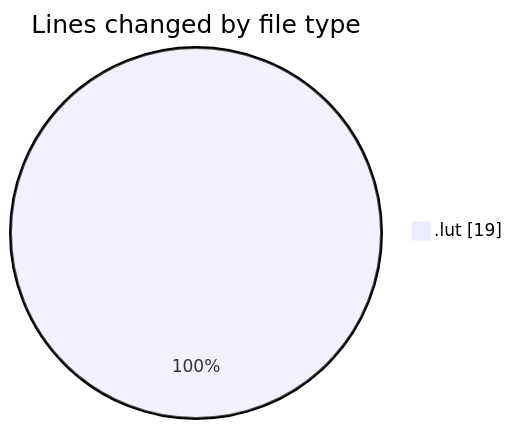
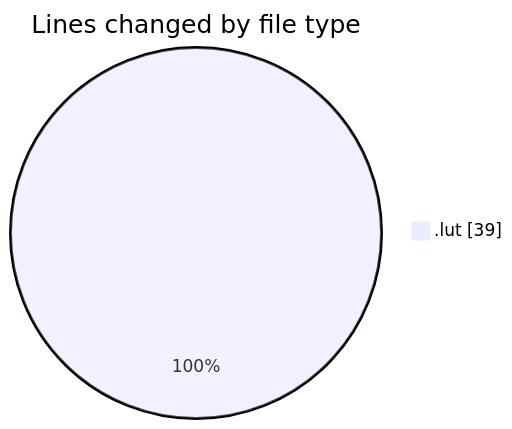
One commit to Netris89/code-tracking changed the first of 2 diagrams in 2025-08-26/data/README.md. Above: the diagram before and after it, drawn with Mermaid. The commit also changed other lines of this file and 1 other file, not shown here.

````diff
--- a/2025-08-26/data/README.md
+++ b/2025-08-26/data/README.md
@@ -20,5 +20,5 @@
 ```mermaid
 pie showData
 title Lines changed by file type
-".lut" : 19
+".lut" : 39
 ```
````
